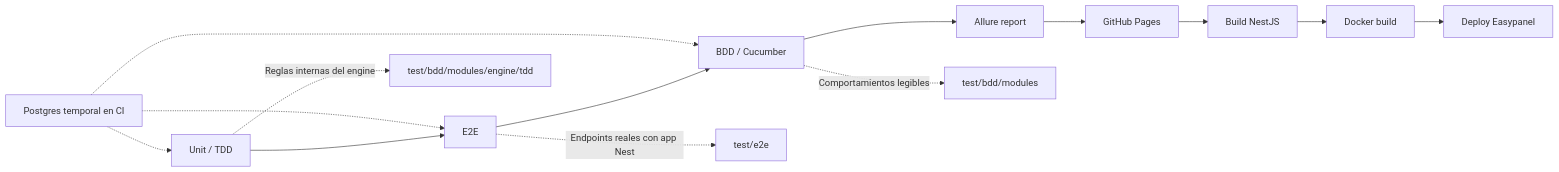
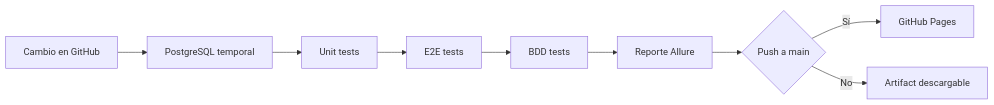
The first of 2 diagrams in docs/github-actions-flow.md (icpna-agent/engine), drawn with Mermaid before and after one commit. The commit also changed other lines of this file and 7 other files, not shown here.

````diff
--- a/docs/github-actions-flow.md
+++ b/docs/github-actions-flow.md
@@ -57,17 +10,11 @@
 ```mermaid
 flowchart LR
-  A["Unit / TDD"] --> B["E2E"]
-  B --> C["BDD / Cucumber"]
-  C --> D["Allure report"]
-  D --> E["GitHub Pages"]
-  E --> F["Build NestJS"]
-  F --> H["Docker build"]
-  H --> I["Deploy Easypanel"]
-
-  G["Postgres temporal en CI"] -.-> A
-  G -.-> B
-  G -.-> C
-  A -.->|"Reglas internas del engine"| A1["test/bdd/modules/engine/tdd"]
-  B -.->|"Endpoints reales con app Nest"| B1["test/e2e"]
-  C -.->|"Comportamientos legibles"| C1["test/bdd/modules"]
+  A["Cambio en GitHub"] --> B["PostgreSQL temporal"]
+  B --> C["Unit tests"]
+  C --> D["E2E tests"]
+  D --> E["BDD tests"]
+  E --> F["Reporte Allure"]
+  F --> G{"Push a main"}
+  G -->|"Sí"| H["GitHub Pages"]
+  G -->|"No"| I["Artifact descargable"]
 ```
````
